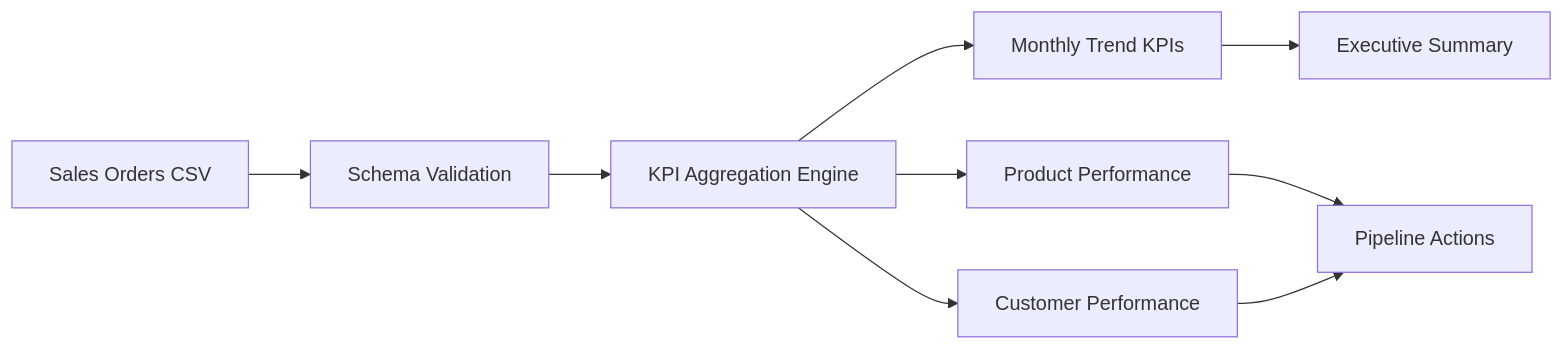
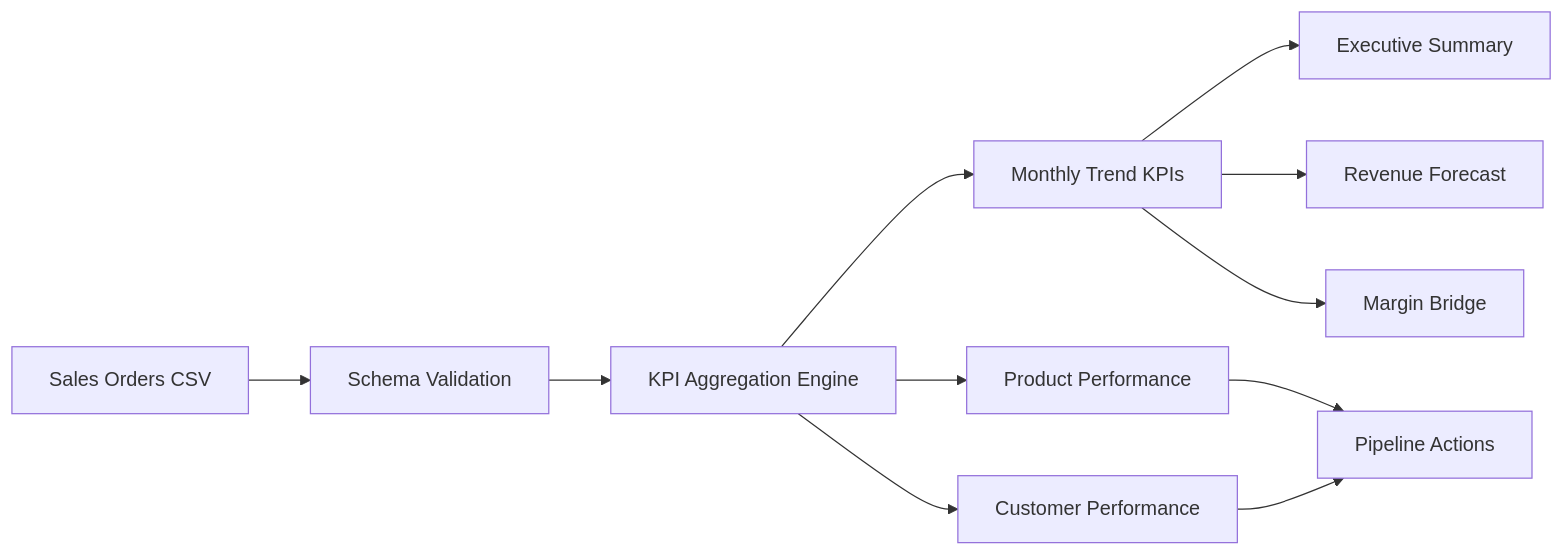
The diagram in README.md (HuseinHaji/sales-performance-dashboard), drawn with Mermaid before and after one commit. The commit also changed other lines of this file and 3 other files, not shown here.

Commit message:
Add forecasting and margin bridge outputs

````diff
--- a/README.md
+++ b/README.md
@@ -11,11 +11,13 @@
 ```mermaid
 flowchart LR
     A[Sales Orders CSV] --> B[Schema Validation]
     B --> C[KPI Aggregation Engine]
     C --> D[Monthly Trend KPIs]
     C --> E[Product Performance]
     C --> F[Customer Performance]
     D --> G[Executive Summary]
     E --> H[Pipeline Actions]
     F --> H
+    D --> I[Revenue Forecast]
+    D --> J[Margin Bridge]
 ```
````
